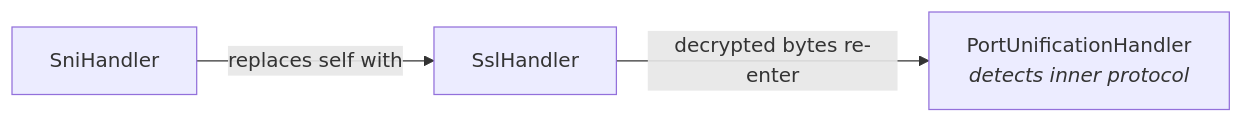
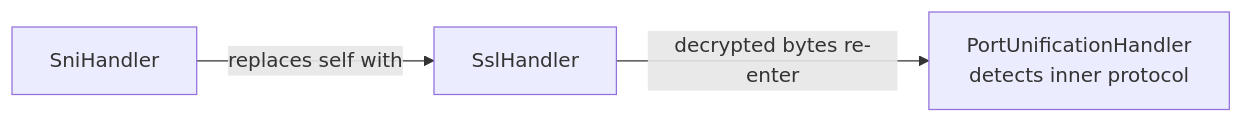
One commit to mock-server/mockserver changed the fifth of 11 diagrams in docs/code/netty-pipeline.md. Above: the diagram before and after it, drawn with Mermaid. The commit also changed other lines of this file and 21 other files, not shown here.

First line of the commit message:
fix(docs): remove HTML tags from Mermaid diagrams to fix GitHub rendering

````diff
--- a/docs/code/netty-pipeline.md
+++ b/docs/code/netty-pipeline.md
@@ -131,5 +147,6 @@
 ```mermaid
 graph LR
     SNI[SniHandler] -->|replaces self with| SSL[SslHandler]
-    SSL -->|decrypted bytes re-enter| PU[PortUnificationHandler<br/><i>detects inner protocol</i>]
+    SSL -->|decrypted bytes re-enter| PU["PortUnificationHandler
+detects inner protocol"]
 ```
````
